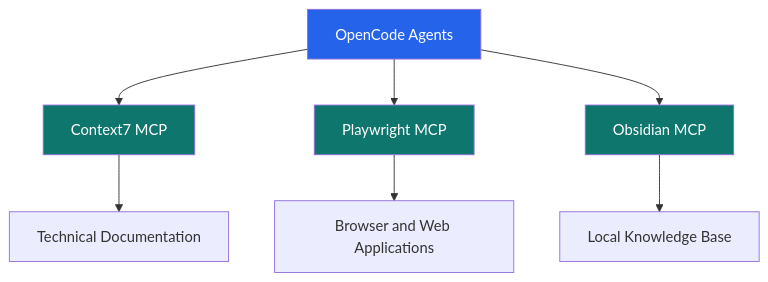
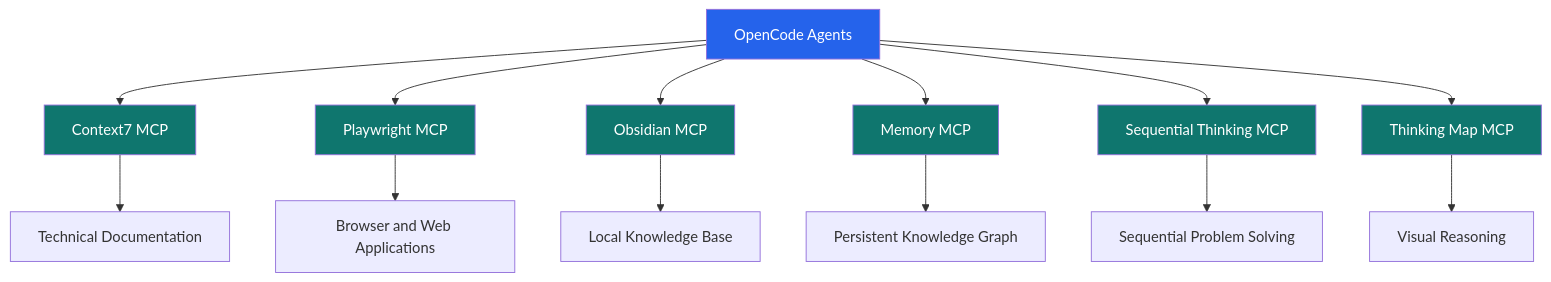
One commit to Bishwash-007/opencode-SWE changed the third of 5 diagrams in Readme.md. Above: the diagram before and after it, drawn with Mermaid. The commit also changed other lines of this file and 2 other files, not shown here.

````diff
--- a/Readme.md
+++ b/Readme.md
@@ -316,17 +352,23 @@
 ```mermaid
 flowchart TB
     O[OpenCode Agents]
 
     O --> C[Context7 MCP]
     O --> P[Playwright MCP]
     O --> B[Obsidian MCP]
+    O --> M[Memory MCP]
+    O --> S[Sequential Thinking MCP]
+    O --> T[Thinking Map MCP]
 
     C --> D[Technical Documentation]
     P --> W[Browser and Web Applications]
     B --> K[Local Knowledge Base]
+    M --> G[Persistent Knowledge Graph]
+    S --> P2[Sequential Problem Solving]
+    T --> V[Visual Reasoning]
 
     classDef agent fill:#2563eb,color:#fff
     classDef mcp fill:#0f766e,color:#fff
     class O agent
-    class C,P,B mcp
+    class C,P,B,M,S,T mcp
 ```
````
